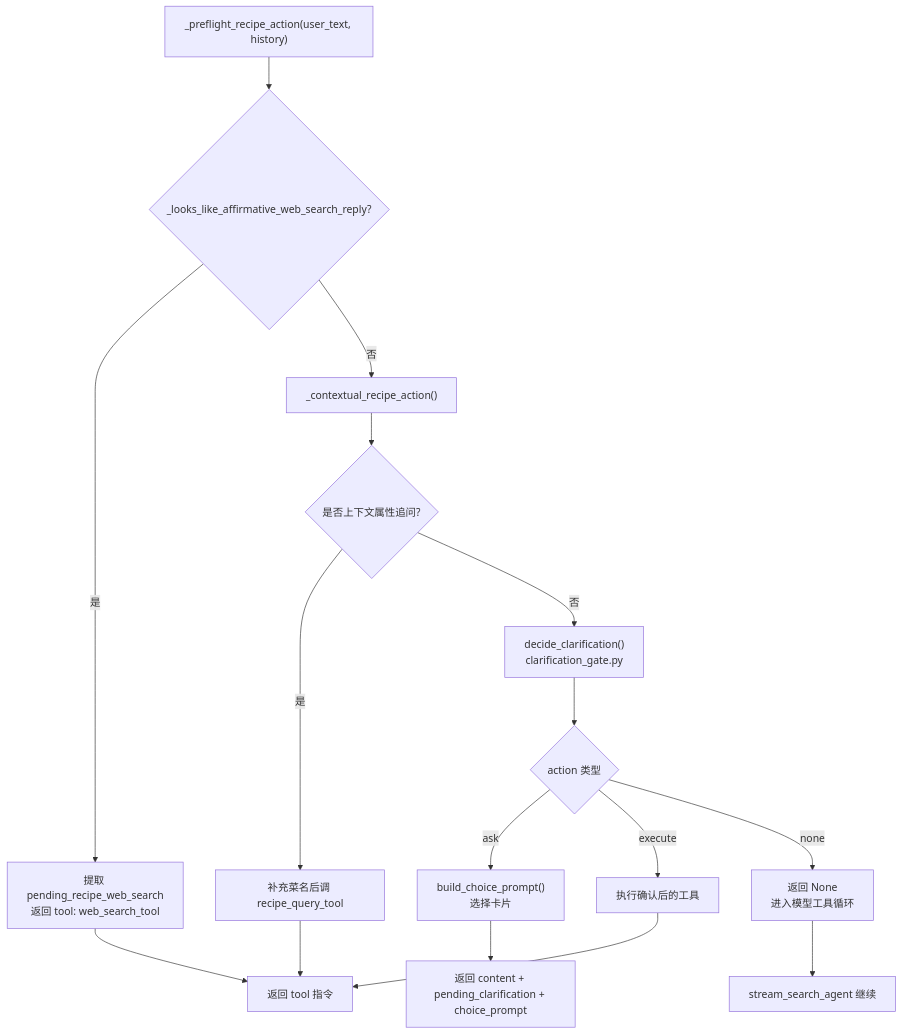
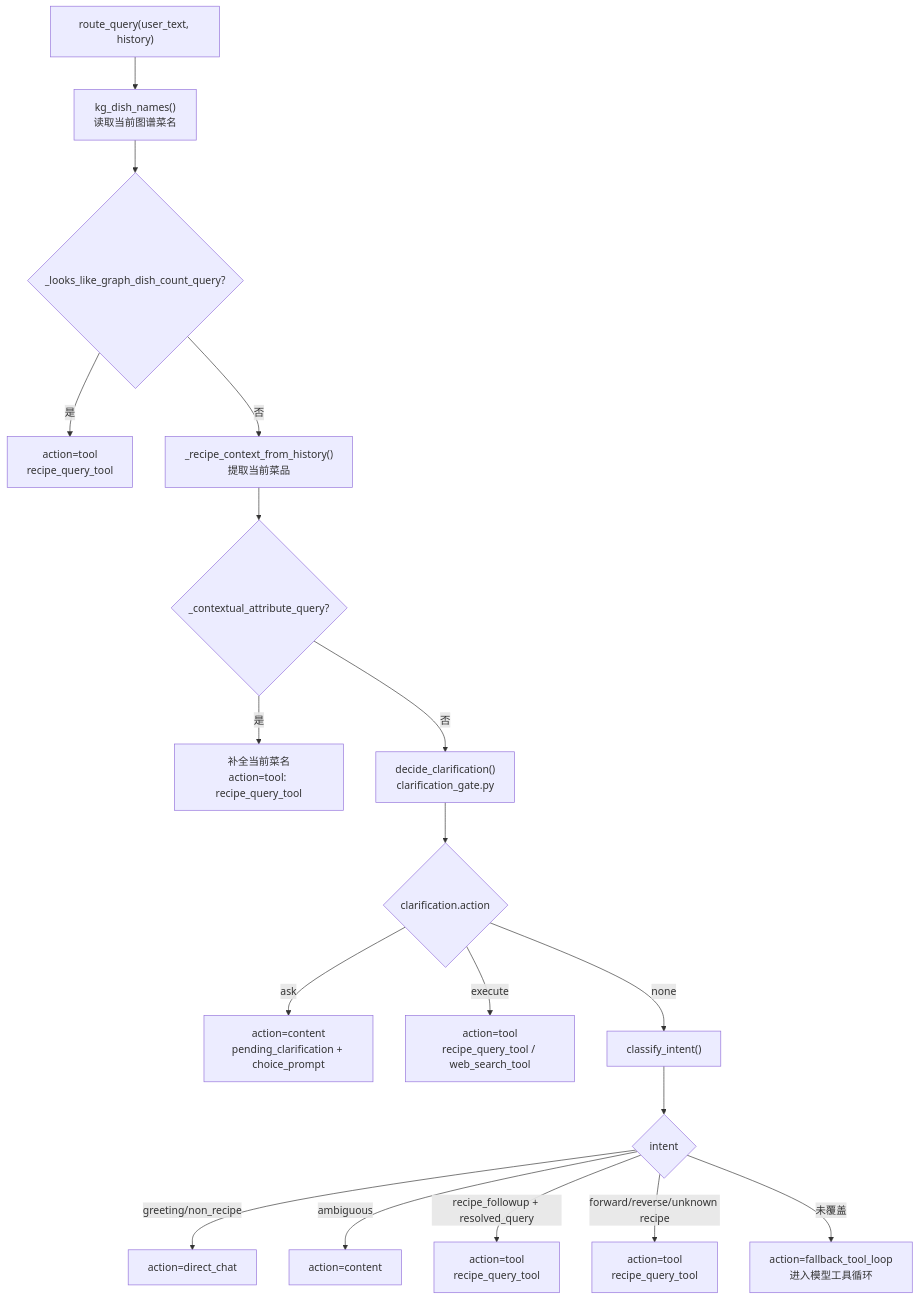
One commit to QDcvd/CookGraph changed the third of 7 diagrams in doc/USER_MESSAGE_CALL_CHAIN.md. Above: the diagram before and after it, drawn with Mermaid. The commit also changed other lines of this file and 1 other file, not shown here.

````diff
--- a/doc/USER_MESSAGE_CALL_CHAIN.md
+++ b/doc/USER_MESSAGE_CALL_CHAIN.md
@@ -142,21 +143,23 @@
 ```mermaid
 flowchart TD
-    A["_preflight_recipe_action(user_text, history)"] --> B{"_looks_like_affirmative_web_search_reply?"}
-    B -->|是| C["提取 pending_recipe_web_search<br/>返回 tool: web_search_tool"]
-    B -->|否| D["_contextual_recipe_action()"]
+    A["route_query(user_text, history)"] --> B["kg_dish_names()<br/>读取当前图谱菜名"]
+    B --> C{"_looks_like_graph_dish_count_query?"}
+    C -->|是| C1["action=tool<br/>recipe_query_tool"]
+    C -->|否| D["_recipe_context_from_history()<br/>提取当前菜品"]
 
-    D --> E{"是否上下文属性追问?"}
-    E -->|是| F["补充菜名后调 recipe_query_tool"]
-    E -->|否| G["decide_clarification()<br/>clarification_gate.py"]
+    D --> E{"_contextual_attribute_query?"}
+    E -->|是| E1["补全当前菜名<br/>action=tool: recipe_query_tool"]
+    E -->|否| F["decide_clarification()<br/>clarification_gate.py"]
 
-    G --> H{"action 类型"}
-    H -->|ask| I["build_choice_prompt()<br/>选择卡片"]
-    H -->|execute| J["执行确认后的工具"]
-    H -->|none| K["返回 None<br/>进入模型工具循环"]
+    F --> G{"clarification.action"}
+    G -->|ask| G1["action=content<br/>pending_clarification + choice_prompt"]
+    G -->|execute| G2["action=tool<br/>recipe_query_tool / web_search_tool"]
+    G -->|none| H["classify_intent()"]
 
-    I --> L["返回 content + pending_clarification + choice_prompt"]
-    J --> M["返回 tool 指令"]
-    K --> N["stream_search_agent 继续"]
-
-    C --> M; F --> M
+    H --> I{"intent"}
+    I -->|greeting/non_recipe| I1["action=direct_chat"]
+    I -->|ambiguous| I2["action=content"]
+    I -->|recipe_followup + resolved_query| I3["action=tool<br/>recipe_query_tool"]
+    I -->|forward/reverse/unknown recipe| I4["action=tool<br/>recipe_query_tool"]
+    I -->|未覆盖| I5["action=fallback_tool_loop<br/>进入模型工具循环"]
 ```
````
